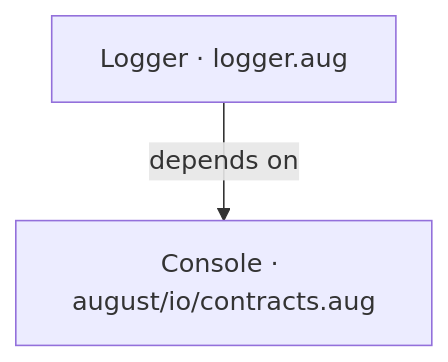
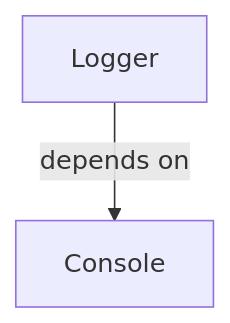
The diagram in docs/examples/new-syntax/logger-diagrams.md (GreenPandaStudios/augscript), drawn with Mermaid before and after one commit. The commit also changed other lines of this file and 524 other files, not shown here.

Commit message:
Explain checked data flow at folder and service levels

````diff
--- a/docs/examples/new-syntax/logger-diagrams.md
+++ b/docs/examples/new-syntax/logger-diagrams.md
@@ -19,6 +19,6 @@
 ```mermaid
 flowchart TD
-    n0["Console · august/io/contracts.aug"]
-    n1["Logger · logger.aug"]
+    n0["Console"]
+    n1["Logger"]
     n1 -->|"depends on"| n0
 ```
````
